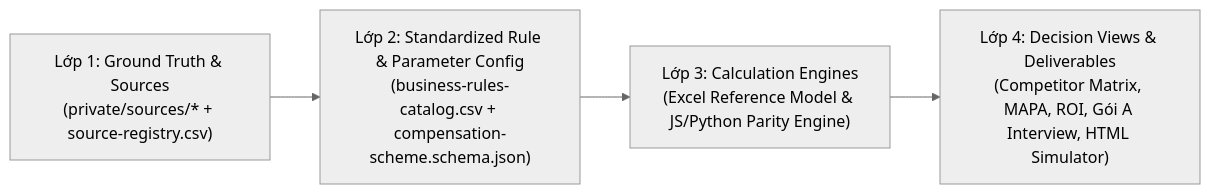
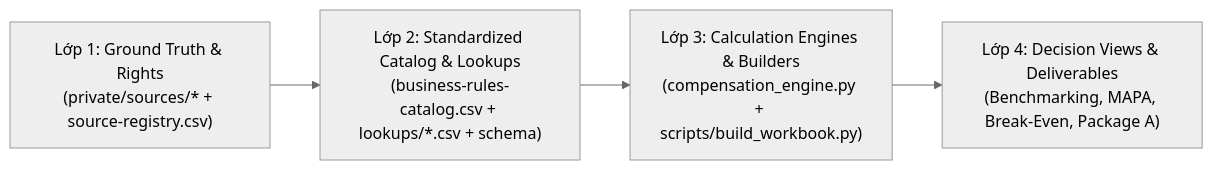
One commit to teoteo1081/W24_Life-Insurance-Strategy-Lab changed the diagram in docs/architecture/reusable-model-schema.md. Above: the diagram before and after it, drawn with Mermaid (neutral theme). The commit also changed other lines of this file and 36 other files, not shown here.

````diff
--- a/docs/architecture/reusable-model-schema.md
+++ b/docs/architecture/reusable-model-schema.md
@@ -12,9 +13,9 @@
 ```mermaid
 flowchart LR
-    L1["Lớp 1: Ground Truth & Sources\n(private/sources/* + source-registry.csv)"]
-    L2["Lớp 2: Standardized Rule & Parameter Config\n(business-rules-catalog.csv + compensation-scheme.schema.json)"]
-    L3["Lớp 3: Calculation Engines\n(Excel Reference Model & JS/Python Parity Engine)"]
-    L4["Lớp 4: Decision Views & Deliverables\n(Competitor Matrix, MAPA, ROI, Gói A Interview, HTML Simulator)"]
+    L1["Lớp 1: Ground Truth & Rights\n(private/sources/* + source-registry.csv)"]
+    L2["Lớp 2: Standardized Catalog & Lookups\n(business-rules-catalog.csv + lookups/*.csv + schema)"]
+    L3["Lớp 3: Calculation Engines & Builders\n(compensation_engine.py + scripts/build_workbook.py)"]
+    L4["Lớp 4: Decision Views & Deliverables\n(Benchmarking, MAPA, Break-Even, Package A)"]
 
     L1 --> L2 --> L3 --> L4
 ```
````
